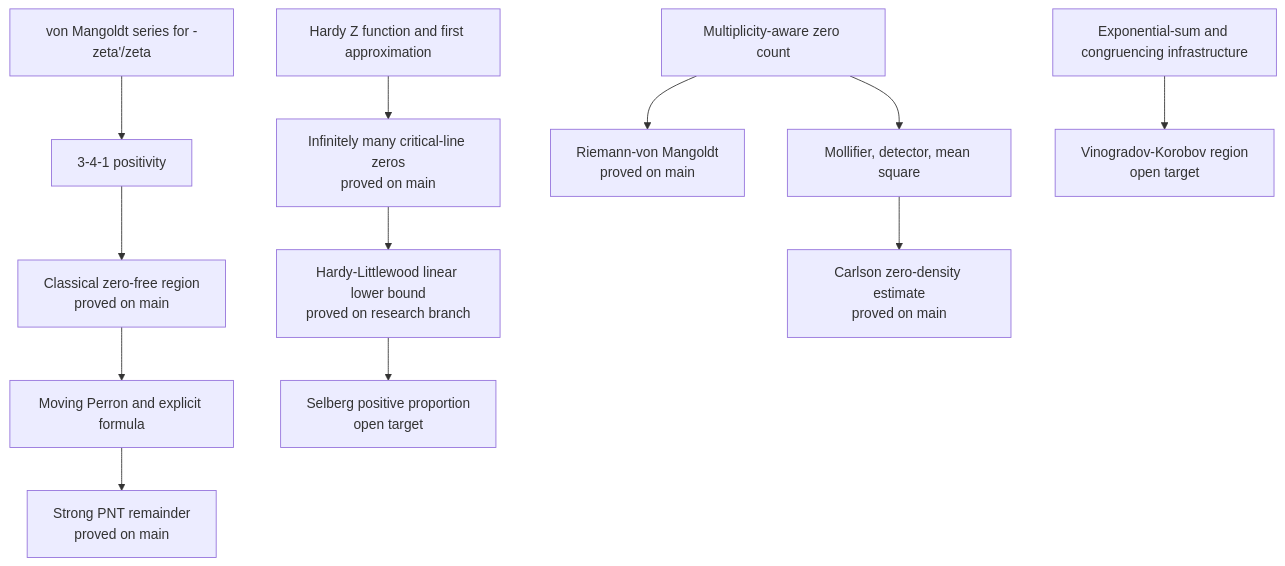
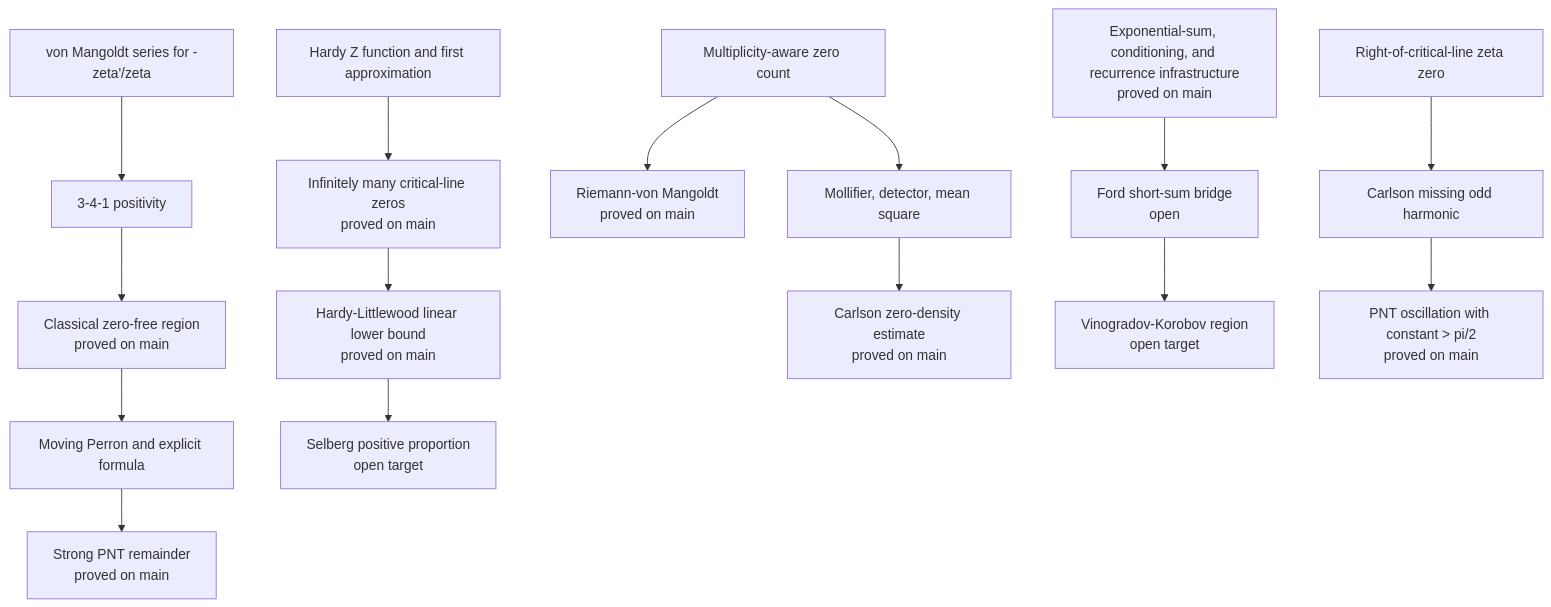
Before and after one commit to cc-chen-tech/riemann-pnt-lean4: the diagram in README.md, drawn with Mermaid. The commit also changed other lines of this file and 8 other files, not shown here.

````diff
--- a/README.md
+++ b/README.md
@@ -241,17 +281,21 @@
 ```mermaid
 flowchart TD
     A["von Mangoldt series for -zeta'/zeta"] --> B["3-4-1 positivity"]
     B --> C["Classical zero-free region<br/>proved on main"]
     C --> D["Moving Perron and explicit formula"]
     D --> E["Strong PNT remainder<br/>proved on main"]
 
     F["Hardy Z function and first approximation"] --> G["Infinitely many critical-line zeros<br/>proved on main"]
-    G --> H["Hardy-Littlewood linear lower bound<br/>proved on research branch"]
+    G --> H["Hardy-Littlewood linear lower bound<br/>proved on main"]
     H --> I["Selberg positive proportion<br/>open target"]
 
     J["Multiplicity-aware zero count"] --> K["Riemann-von Mangoldt<br/>proved on main"]
     J --> L["Mollifier, detector, mean square"]
     L --> M["Carlson zero-density estimate<br/>proved on main"]
 
-    N["Exponential-sum and congruencing infrastructure"] --> O["Vinogradov-Korobov region<br/>open target"]
+    N["Exponential-sum, conditioning, and recurrence infrastructure<br/>proved on main"] --> O["Ford short-sum bridge<br/>open"]
+    O --> P["Vinogradov-Korobov region<br/>open target"]
+
+    Q["Right-of-critical-line zeta zero"] --> R["Carlson missing odd harmonic"]
+    R --> S["PNT oscillation with constant > pi/2<br/>proved on main"]
 ```
````
